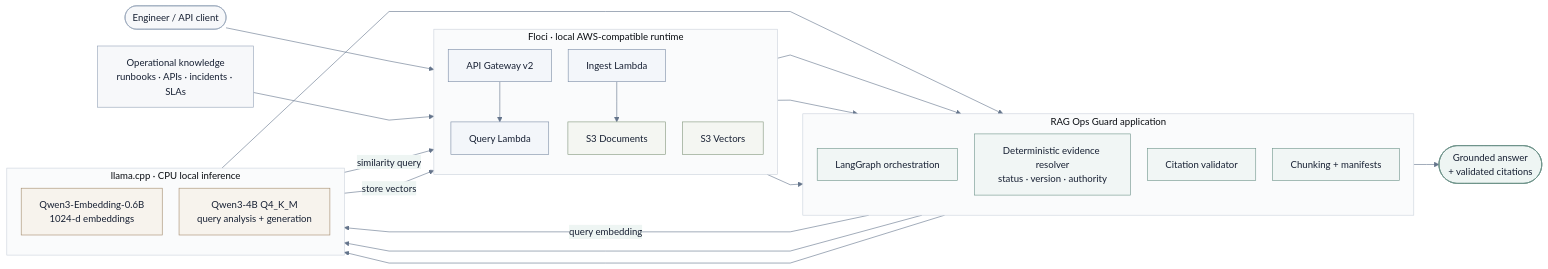
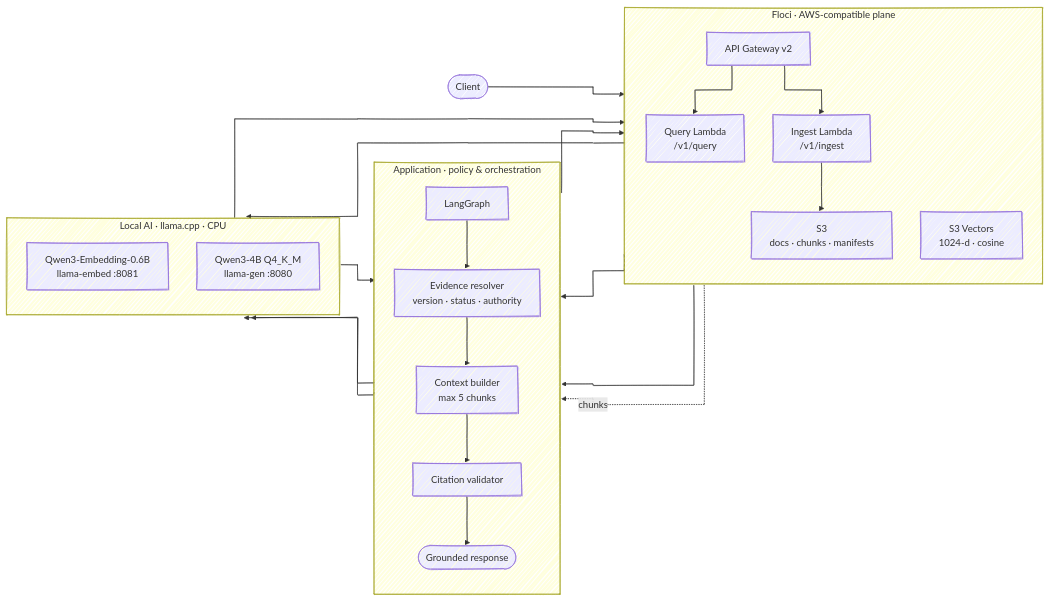
The first of 3 diagrams in README.md (dfc-coder/rag-ops-guard), drawn with Mermaid before and after one commit. The commit also changed other lines of this file, not shown here.

Commit message:
docs: restore original hand-drawn Mermaid diagrams

````diff
--- a/README.md
+++ b/README.md
@@ -45,75 +45,45 @@
 ```mermaid
 ---
 config:
-  look: classic
-  theme: base
-  themeVariables:
-    background: "#FCFCFD"
-    primaryColor: "#F5F7FA"
-    primaryTextColor: "#172033"
-    primaryBorderColor: "#B8C1CF"
-    lineColor: "#64748B"
-    secondaryColor: "#EEF5F3"
-    tertiaryColor: "#F6F3EE"
-    clusterBkg: "#FAFBFC"
-    clusterBorder: "#CBD2DC"
-    fontFamily: "Inter, ui-sans-serif, system-ui, sans-serif"
+  look: handDrawn
+  handDrawnSeed: 17
   flowchart:
-    curve: linear
-    nodeSpacing: 28
-    rankSpacing: 42
+    curve: stepBefore
+    nodeSpacing: 45
+    rankSpacing: 55
 ---
 flowchart LR
-    Client(["Engineer / API client"])
-    Answer(["Grounded answer<br/>+ validated citations"])
-    KB["Operational knowledge<br/>runbooks · APIs · incidents · SLAs"]
+    Client([Client]) --> APIGW["API Gateway v2"]
 
-    subgraph Floci["Floci · local AWS-compatible runtime"]
+    subgraph F["Floci · AWS-compatible plane"]
       direction TB
-      API["API Gateway v2"]
-      QL["Query Lambda"]
-      IL["Ingest Lambda"]
-      S3["S3 Documents"]
-      VDB["S3 Vectors"]
+      APIGW --> Query["Query Lambda<br/>/v1/query"]
+      APIGW --> Ingest["Ingest Lambda<br/>/v1/ingest"]
+      Ingest --> S3["S3<br/>docs · chunks · manifests"]
+      S3V["S3 Vectors<br/>1024-d · cosine"]
     end
 
-    subgraph App["RAG Ops Guard application"]
+    subgraph A["Application · policy & orchestration"]
       direction TB
-      Graph["LangGraph orchestration"]
-      Resolve["Deterministic evidence resolver<br/>status · version · authority"]
-      Cite["Citation validator"]
-      Chunk["Chunking + manifests"]
+      LG["LangGraph"] --> Resolver["Evidence resolver<br/>version · status · authority"]
+      Resolver --> Context["Context builder<br/>max 5 chunks"]
+      Context --> Cite["Citation validator"]
+      Cite --> Response(["Grounded response"])
     end
 
-    subgraph LocalAI["llama.cpp · CPU local inference"]
+    subgraph AI["Local AI · llama.cpp · CPU"]
       direction TB
-      Embed["Qwen3-Embedding-0.6B<br/>1024-d embeddings"]
-      Gen["Qwen3-4B Q4_K_M<br/>query analysis + generation"]
+      Embed["Qwen3-Embedding-0.6B<br/>llama-embed :8081"]
+      Gen["Qwen3-4B Q4_K_M<br/>llama-gen :8080"]
     end
 
-    Client --> API --> QL --> Graph
-    Graph -->|query embedding| Embed
-    Embed -->|similarity query| VDB
-    VDB --> Resolve
-    Resolve --> Gen
-    Gen --> Cite --> Answer
-
-    KB --> IL --> Chunk
-    IL --> S3
-    Chunk --> Embed
-    Embed -->|store vectors| VDB
-
-    classDef edge fill:#F7F8FA,stroke:#94A3B8,color:#172033,stroke-width:1px;
-    classDef runtime fill:#F3F6FA,stroke:#7C8DA6,color:#172033,stroke-width:1px;
-    classDef app fill:#F1F6F5,stroke:#6F948B,color:#172033,stroke-width:1px;
-    classDef ai fill:#F7F3ED,stroke:#A38B6D,color:#172033,stroke-width:1px;
-    classDef data fill:#F4F6F2,stroke:#83977D,color:#172033,stroke-width:1px;
-    classDef answer fill:#EEF5F3,stroke:#6F948B,color:#172033,stroke-width:1.5px;
-
-    class Client,KB edge;
-    class API,QL,IL runtime;
-    class Graph,Resolve,Cite,Chunk app;
-    class Embed,Gen ai;
-    class S3,VDB data;
-    class Answer answer;
+    Query --> LG
+    Ingest --> Embed
+    Embed --> S3V
+    LG --> Embed
+    LG --> S3V
+    S3V --> Resolver
+    S3 -. "chunks" .-> Resolver
+    Context --> Gen
+    Gen --> Cite
 ```
````
